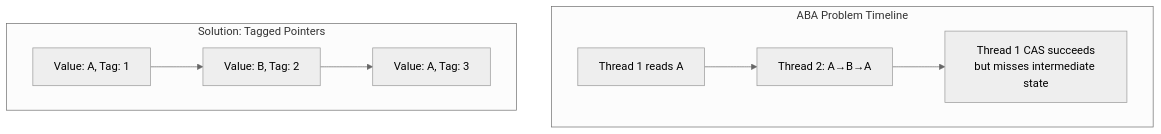
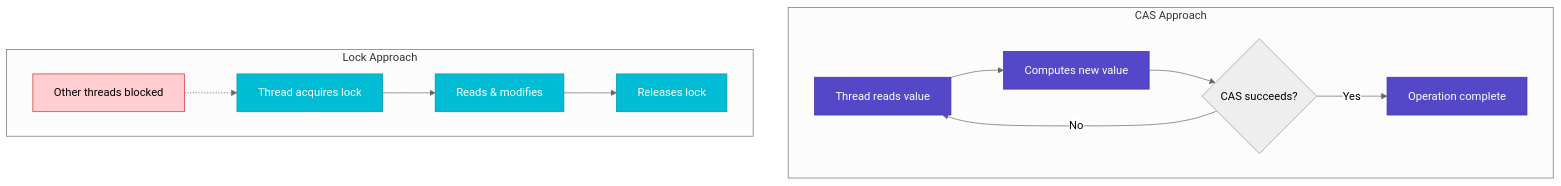
The third of 6 diagrams in docs/pattern-library/coordination/cas.md (deepaucksharma/DStudio), drawn with Mermaid (neutral theme) before and after one commit. The commit also changed other lines of this file and 11 other files, not shown here.

````diff
--- a/docs/pattern-library/coordination/cas.md
+++ b/docs/pattern-library/coordination/cas.md
@@ -76,20 +185,23 @@
 ```mermaid
 graph TB
-    subgraph "ABA Problem Timeline"
-        T1[Thread 1 reads A]
-        T2[Thread 2: A→B→A]
-        T3[Thread 1 CAS succeeds<br/>but misses intermediate state]
-        
-        T1 --> T2
-        T2 --> T3
+    subgraph "CAS Approach"
+        C1[Thread reads value] --> C2[Computes new value]
+        C2 --> C3{CAS succeeds?}
+        C3 -->|Yes| C4[Operation complete]
+        C3 -->|No| C1
     end
     
-    subgraph "Solution: Tagged Pointers"
-        P1[Value: A, Tag: 1]
-        P2[Value: B, Tag: 2]
-        P3[Value: A, Tag: 3]
-        
-        P1 --> P2
-        P2 --> P3
+    subgraph "Lock Approach"
+        L1[Thread acquires lock] --> L2[Reads & modifies]
+        L2 --> L3[Releases lock]
+        L4[Other threads blocked] -.-> L1
     end
+    
+    classDef primary fill:#5448C8,stroke:#3f33a6,color:#fff
+    classDef secondary fill:#00BCD4,stroke:#0097a7,color:#fff
+    classDef blocked fill:#ffcdd2,stroke:#d32f2f
+    
+    class C1,C2,C4 primary
+    class L1,L2,L3 secondary
+    class L4 blocked
 ```
````
